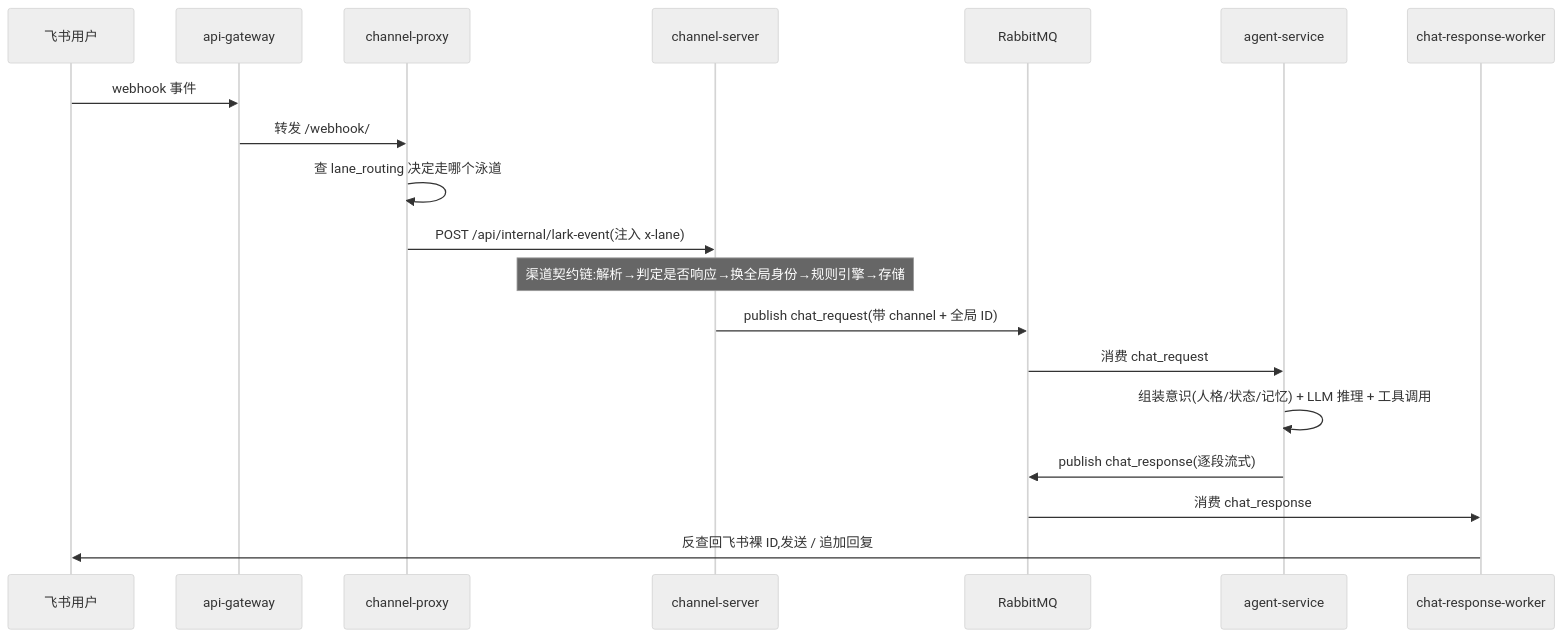
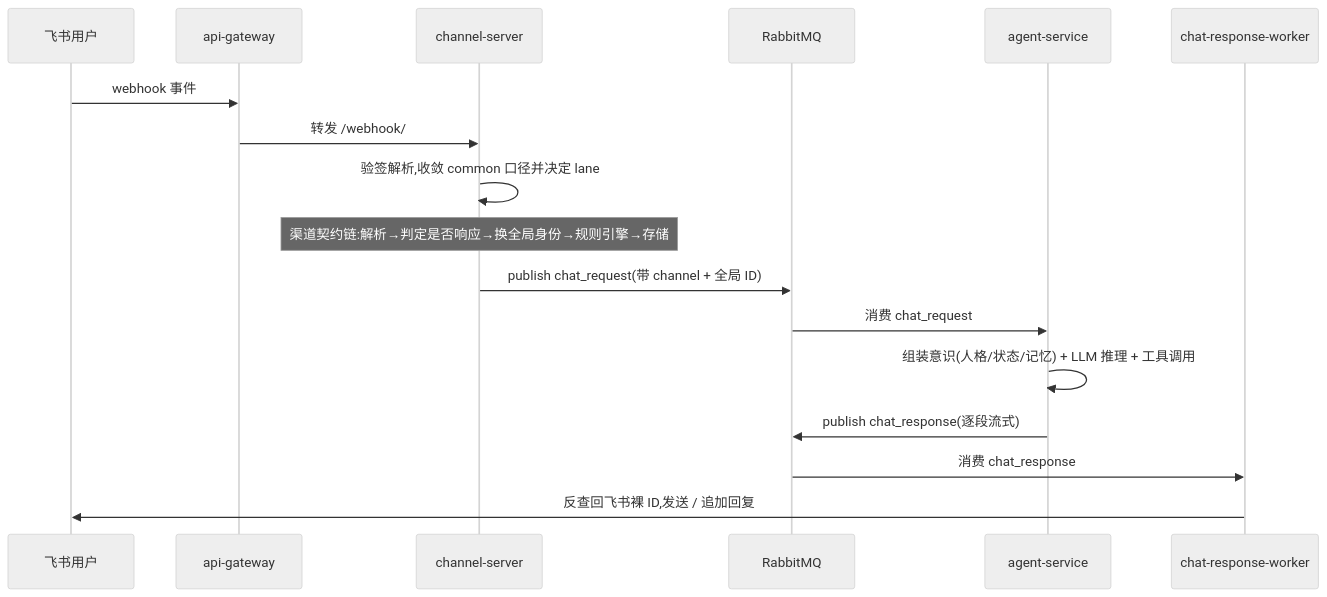
One commit to bezhai/chiwei-platform changed the second of 5 diagrams in docs/service-topology.md. Above: the diagram before and after it, drawn with Mermaid (neutral theme). The commit also changed other lines of this file and 211 other files, not shown here.

First line of the commit message:
Migrate channel pipeline to the common identity layer

````diff
--- a/docs/service-topology.md
+++ b/docs/service-topology.md
@@ -90,22 +89,20 @@
 ```mermaid
 sequenceDiagram
     participant U as 飞书用户
     participant GW as api-gateway
-    participant CP as channel-proxy
     participant CS as channel-server
     participant MQ as RabbitMQ
     participant AS as agent-service
     participant CRW as chat-response-worker
 
     U->>GW: webhook 事件
-    GW->>CP: 转发 /webhook/
-    CP->>CP: 查 lane_routing 决定走哪个泳道
-    CP->>CS: POST /api/internal/lark-event(注入 x-lane)
+    GW->>CS: 转发 /webhook/
+    CS->>CS: 验签解析,收敛 common 口径并决定 lane
     Note over CS: 渠道契约链:解析→判定是否响应→换全局身份→规则引擎→存储
     CS->>MQ: publish chat_request(带 channel + 全局 ID)
     MQ->>AS: 消费 chat_request
     AS->>AS: 组装意识(人格/状态/记忆) + LLM 推理 + 工具调用
     AS->>MQ: publish chat_response(逐段流式)
     MQ->>CRW: 消费 chat_response
     CRW->>U: 反查回飞书裸 ID,发送 / 追加回复
 ```
````
